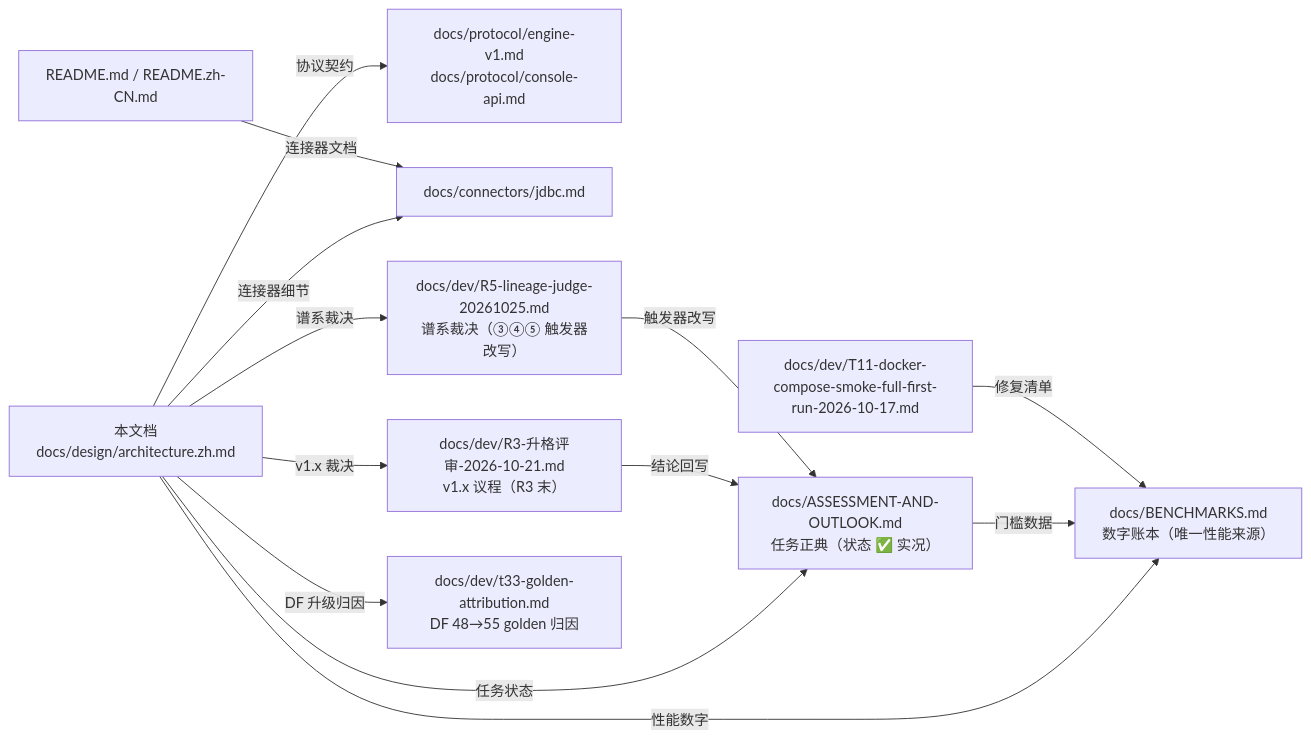
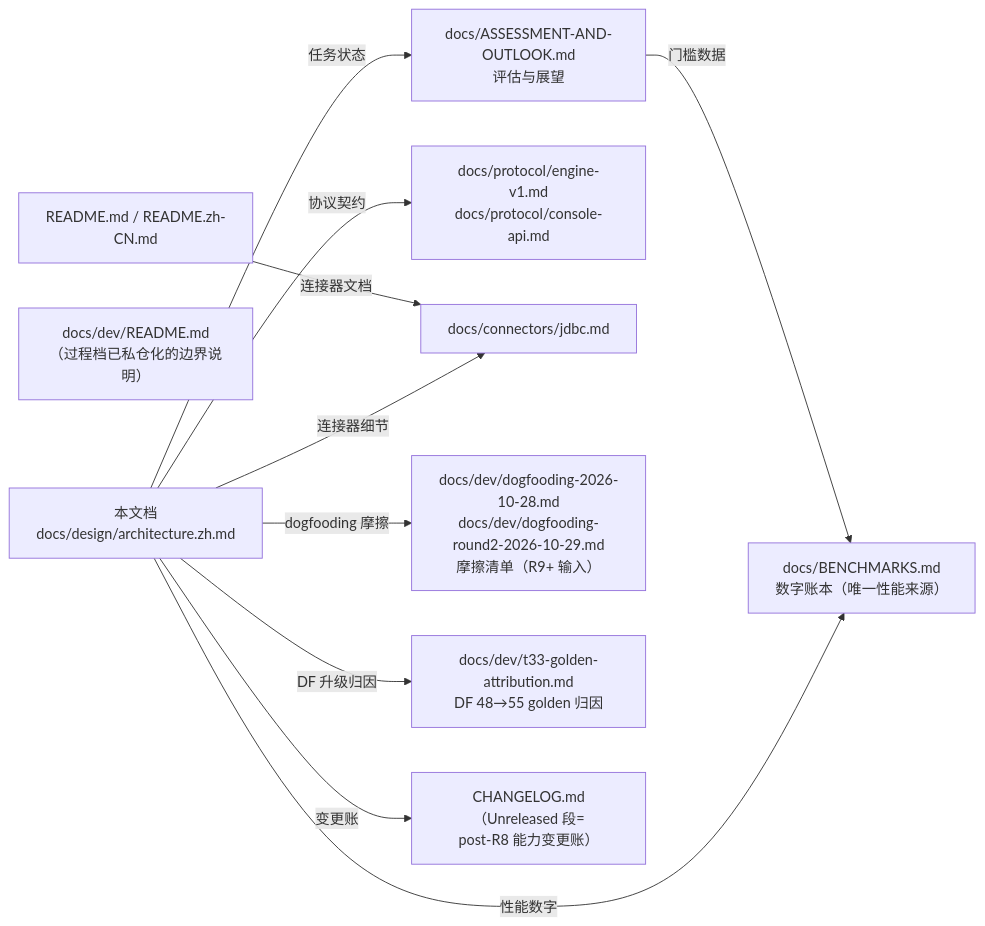
The seventh of 7 diagrams in docs/design/architecture.zh.md (SeekerGalahad/tailrace), drawn with Mermaid before and after one commit. The commit also changed other lines of this file, not shown here.

Commit message:
docs: architecture zh - post-R8 canonical refresh (12 capabilities, anchored)

````diff
--- a/docs/design/architecture.zh.md
+++ b/docs/design/architecture.zh.md
@@ -609,25 +653,22 @@
 ```mermaid
 flowchart LR
   ARCH["本文档<br/>docs/design/architecture.zh.md"]
-  ROAD["docs/ASSESSMENT-AND-OUTLOOK.md<br/>任务正典（状态 ✅ 实况）"]
+  ROAD["docs/ASSESSMENT-AND-OUTLOOK.md<br/>评估与展望"]
   BENCH["docs/BENCHMARKS.md<br/>数字账本（唯一性能来源）"]
   PROTO["docs/protocol/engine-v1.md<br/>docs/protocol/console-api.md"]
   CONN["docs/connectors/jdbc.md"]
-  T18M["docs/dev/R3-升格评审-2026-10-21.md<br/>v1.x 议程（R3 末）"]
-  T36M["docs/dev/R5-lineage-judge-20261025.md<br/>谱系裁决（③④⑤ 触发器改写）"]
+  DOG["docs/dev/dogfooding-2026-10-28.md<br/>docs/dev/dogfooding-round2-2026-10-29.md<br/>摩擦清单（R9+ 输入）"]
   T33A["docs/dev/t33-golden-attribution.md<br/>DF 48→55 golden 归因"]
-  T11M["docs/dev/T11-docker-compose-smoke-full-first-run-2026-10-17.md"]
+  DEVREADME["docs/dev/README.md<br/>（过程档已私仓化的边界说明）"]
+  CHANGELOG["CHANGELOG.md（Unreleased 段=<br/>post-R8 能力变更账）"]
   README["README.md / README.zh-CN.md"]
   ARCH -->|"任务状态"| ROAD
   ARCH -->|"性能数字"| BENCH
   ARCH -->|"协议契约"| PROTO
   ARCH -->|"连接器细节"| CONN
-  ARCH -->|"v1.x 裁决"| T18M
-  ARCH -->|"谱系裁决"| T36M
+  ARCH -->|"dogfooding 摩擦"| DOG
   ARCH -->|"DF 升级归因"| T33A
+  ARCH -->|"变更账"| CHANGELOG
   ROAD -->|"门槛数据"| BENCH
-  T18M -->|"结论回写"| ROAD
-  T36M -->|"触发器改写"| ROAD
-  T11M -->|"修复清单"| BENCH
   README -->|"连接器文档"| CONN
 ```
````
